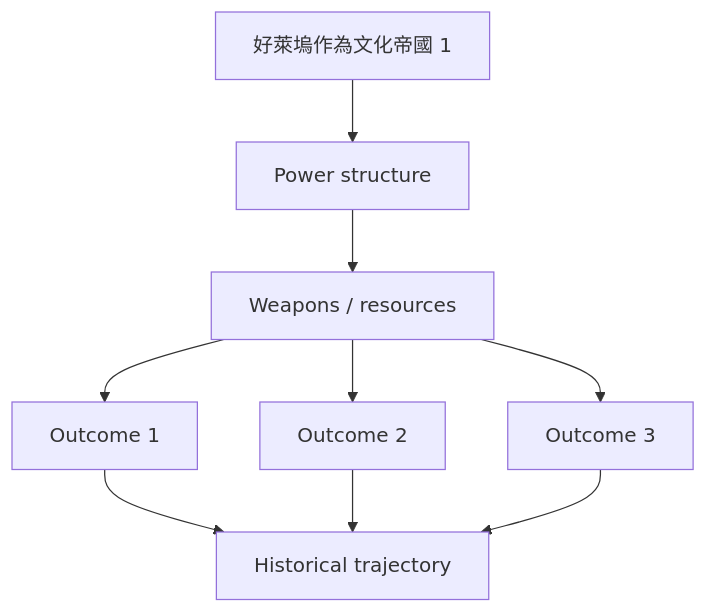
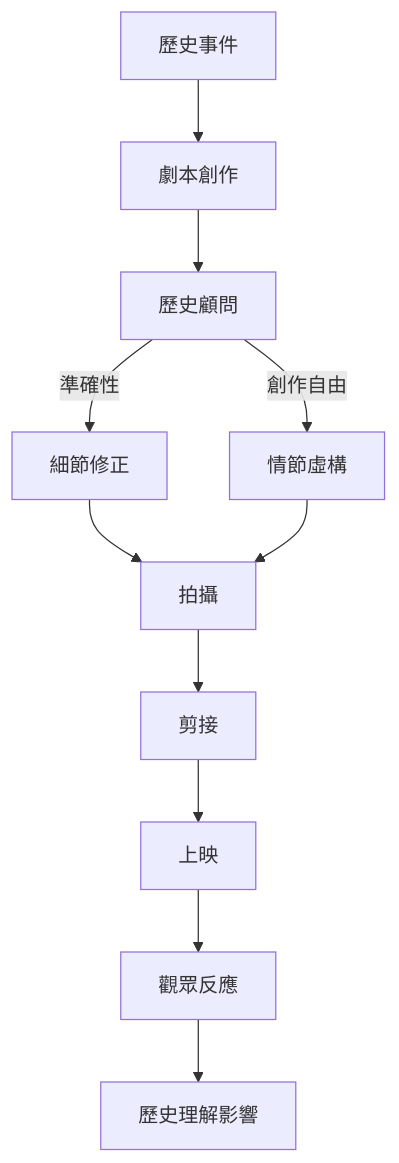
The fourth of 8 diagrams in 01_HKU_Courses/HIST2031_History_through_Film.md (yip-lgtm/HKU-Harvard-History-Self-Study), drawn with Mermaid before and after one commit. The commit also changed other lines of this file and 48 other files, not shown here.

````diff
--- a/01_HKU_Courses/HIST2031_History_through_Film.md
+++ b/01_HKU_Courses/HIST2031_History_through_Film.md
@@ -185,11 +221,15 @@
 ```mermaid
-graph TD
-    A[好萊塢作為文化帝國 1] --> B[Power structure]
-    B --> C[Weapons / resources]
-    C --> D[Outcome 1]
-    C --> E[Outcome 2]
-    C --> F[Outcome 3]
-    D --> G[Historical trajectory]
-    E --> G
-    F --> G
+flowchart TD
+    A[歷史事件] --> B[劇本創作]
+    B --> C[歷史顧問]
+    C -->|準確性| D[細節修正]
+    C -->|創作自由| E[情節虛構]
+    
+    D --> F[拍攝]
+    E --> F
+    
+    F --> G[剪接]
+    G --> H[上映]
+    H --> I[觀眾反應]
+    I --> J[歷史理解影響]
 ```
````
